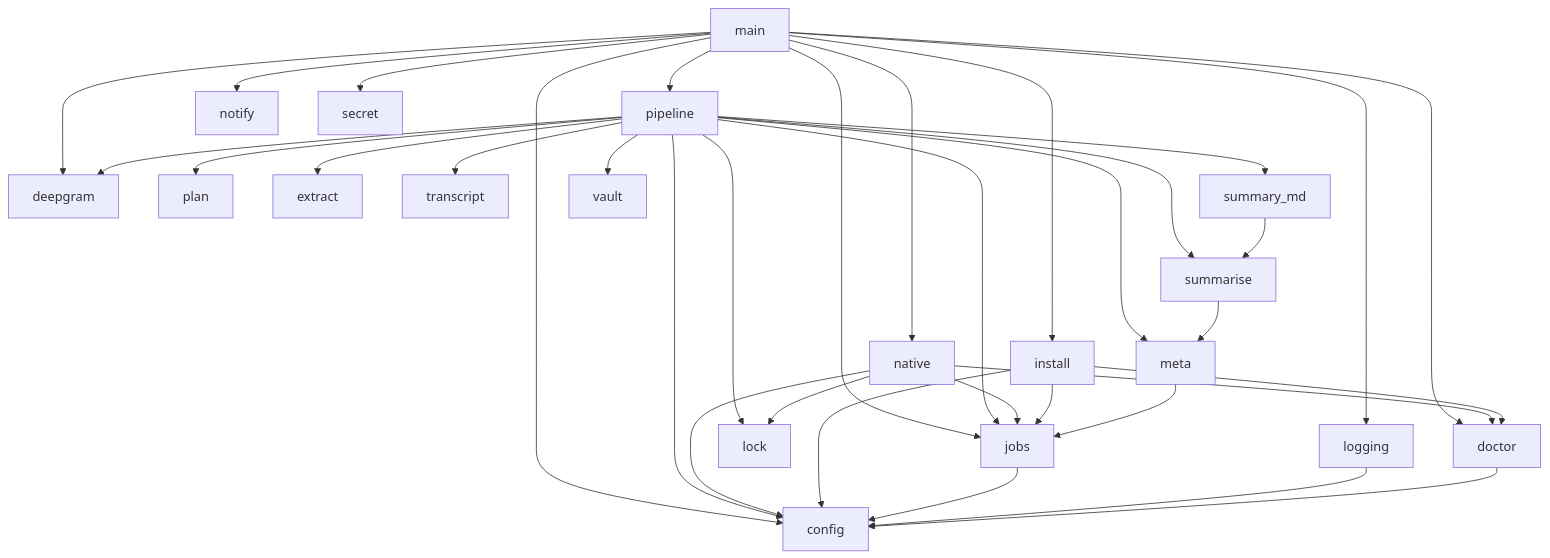
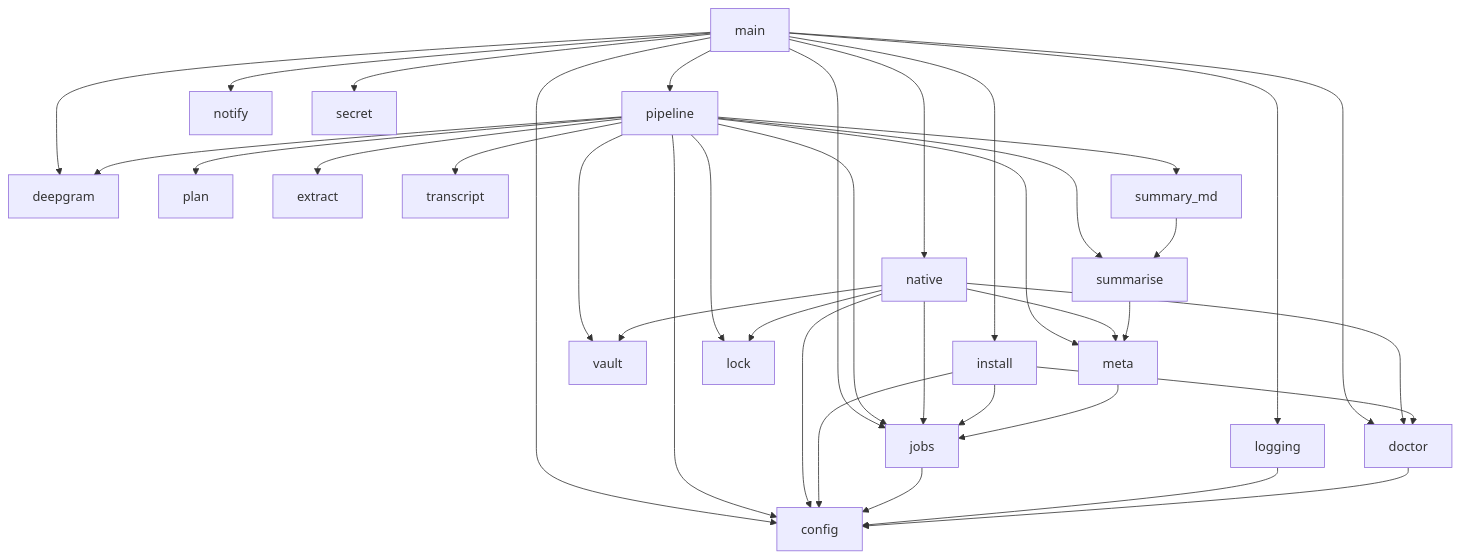
The diagram in docs/tool.md (masnun-siam/meeting-manager), drawn with Mermaid before and after one commit. The commit also changed 5 other files, not shown here.

````diff
--- a/docs/tool.md
+++ b/docs/tool.md
@@ -53,13 +53,13 @@
 ```mermaid
 flowchart TD
     main --> pipeline & native & install & doctor & notify & logging & secret & deepgram & jobs & config
     pipeline --> plan & extract & deepgram & transcript & summarise & summary_md & vault & meta & jobs & lock & config
-    native --> jobs & lock & doctor & config
+    native --> jobs & lock & doctor & config & vault & meta
     install --> doctor & jobs & config
     summary_md --> summarise
     summarise --> meta
     meta --> jobs
     jobs --> config
     logging --> config
     doctor --> config
 ```
````
